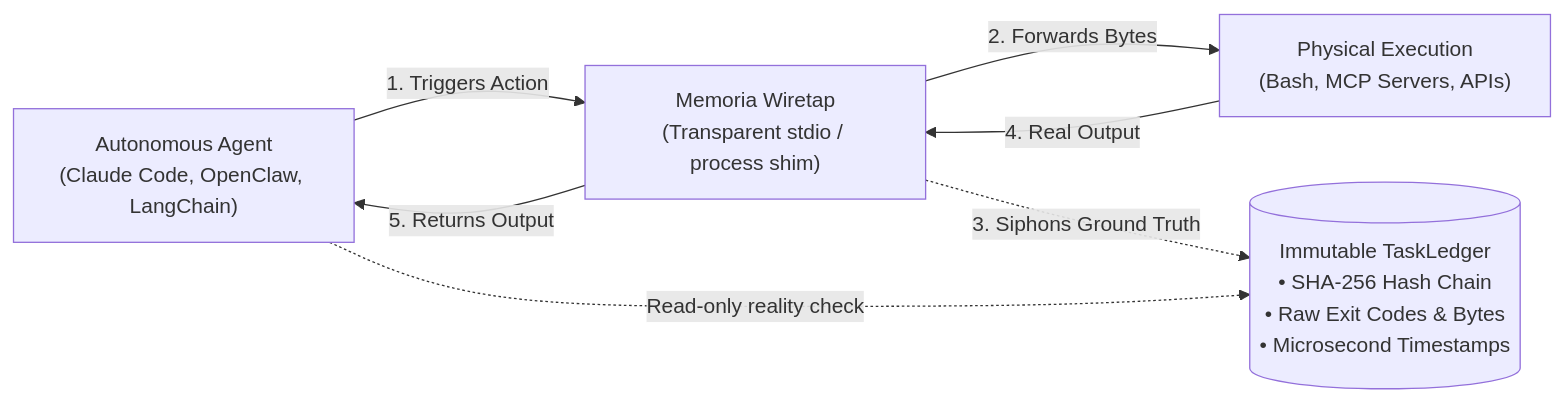
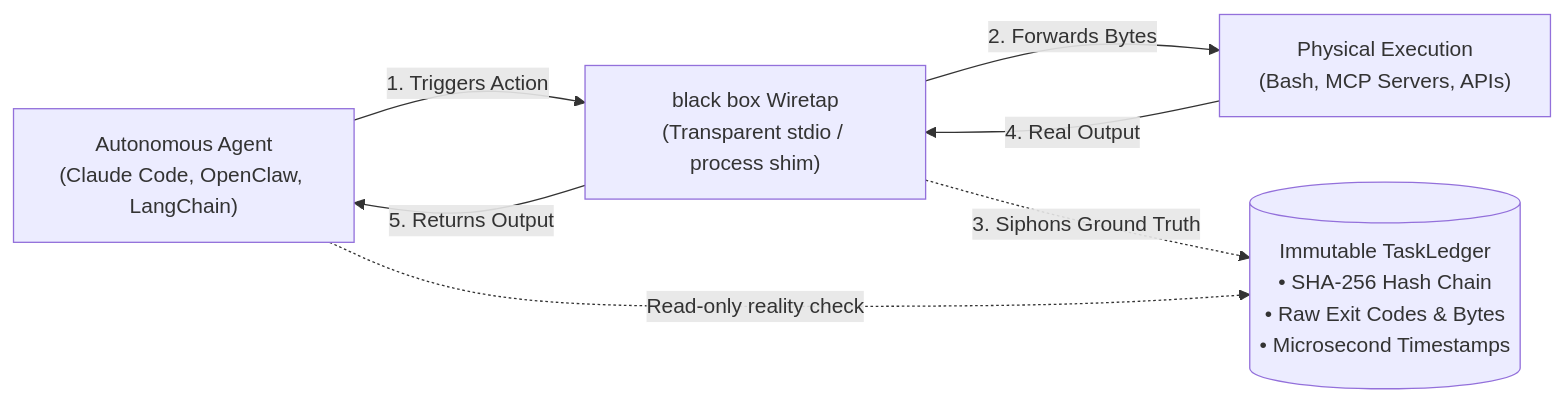
One commit to MisterPear/blackbox-oss- changed the diagram in README.md. Above: the diagram before and after it, drawn with Mermaid. The commit also changed other lines of this file and 4 other files, not shown here.

Commit message:
Update README and documentation to black box branding

````diff
--- a/README.md
+++ b/README.md
@@ -40,15 +40,15 @@
 ```mermaid
 flowchart LR
     Agent["Autonomous Agent<br/>(Claude Code, OpenClaw, LangChain)"]
-    Bridge["Memoria Wiretap<br/>(Transparent stdio / process shim)"]
+    Bridge["black box Wiretap<br/>(Transparent stdio / process shim)"]
     Tools["Physical Execution<br/>(Bash, MCP Servers, APIs)"]
     Ledger[("Immutable TaskLedger<br/>• SHA-256 Hash Chain<br/>• Raw Exit Codes & Bytes<br/>• Microsecond Timestamps")]
 
     Agent -->|"1. Triggers Action"| Bridge
     Bridge -->|"2. Forwards Bytes"| Tools
     Bridge -.->|"3. Siphons Ground Truth"| Ledger
     Tools -->|"4. Real Output"| Bridge
     Bridge -->|"5. Returns Output"| Agent
     
     Agent -.->|"Read-only reality check"| Ledger
 ```
````
